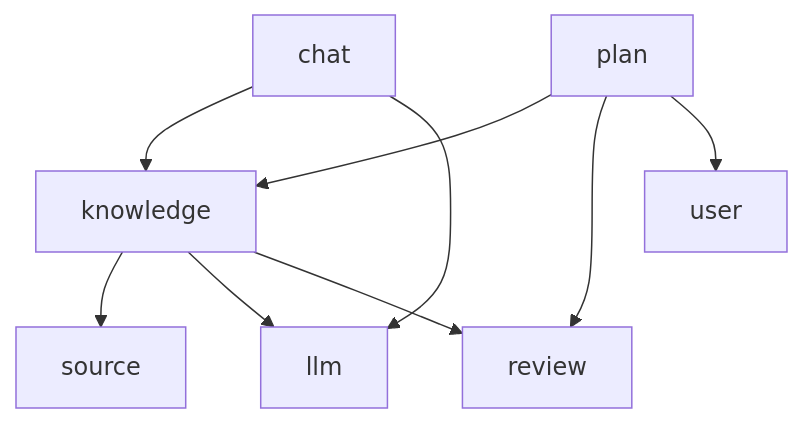
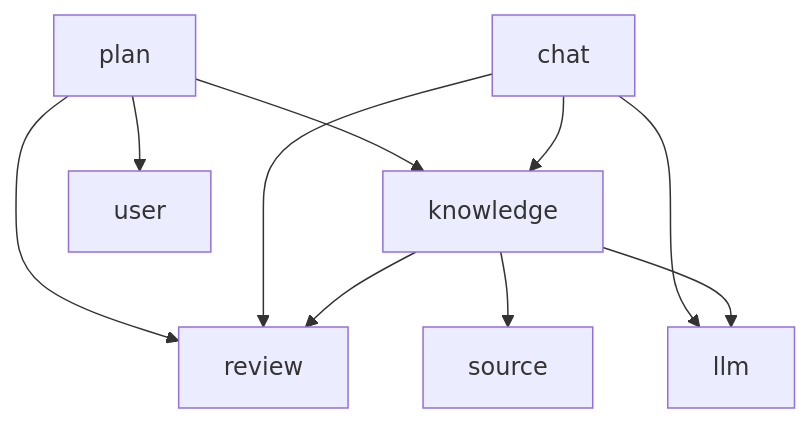
Before and after one commit to lemon111345/wengu-learn: the second of 2 diagrams in docs/tech-design.md, drawn with Mermaid. The commit also changed other lines of this file and 5 other files, not shown here.

````diff
--- a/docs/tech-design.md
+++ b/docs/tech-design.md
@@ -67,11 +67,12 @@
 ```mermaid
 flowchart TB
     plan --> knowledge
     plan --> review
     plan --> user
     chat --> knowledge
     chat --> llm
+    chat --> review
     knowledge --> source
     knowledge --> llm
     knowledge --> review
 ```
````
